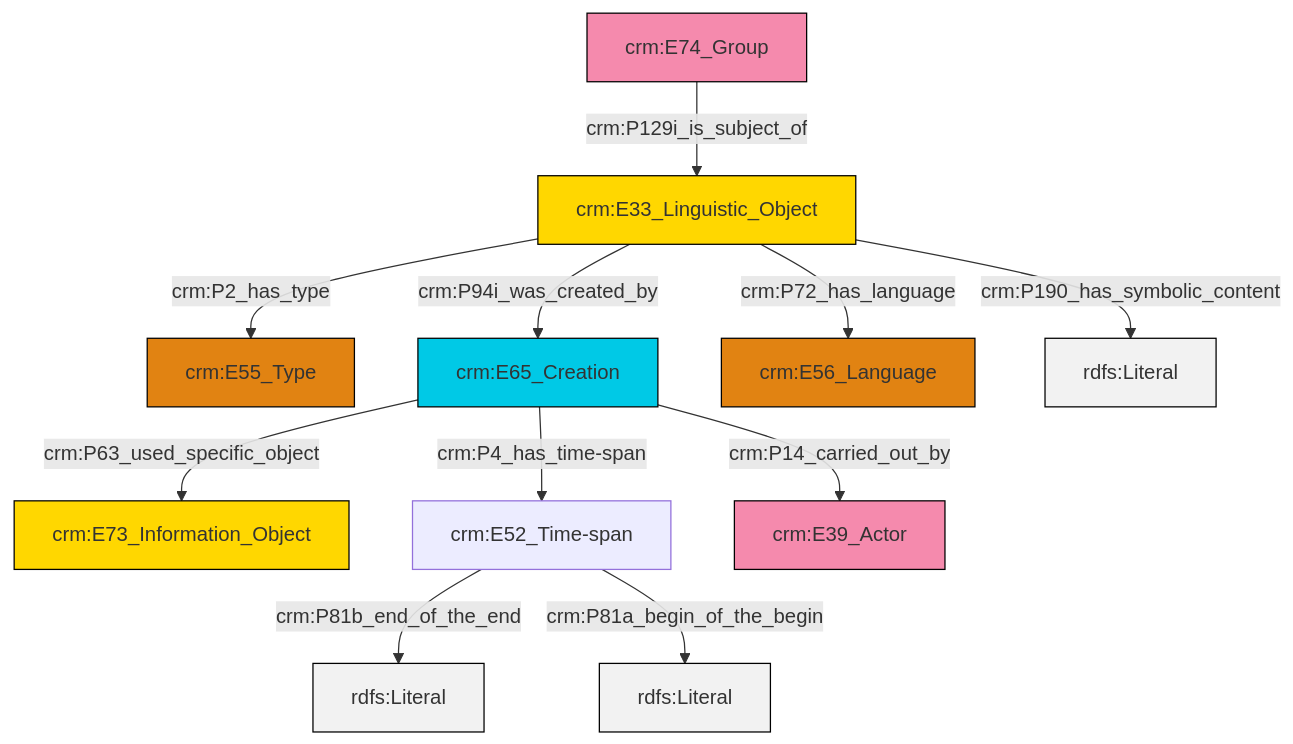
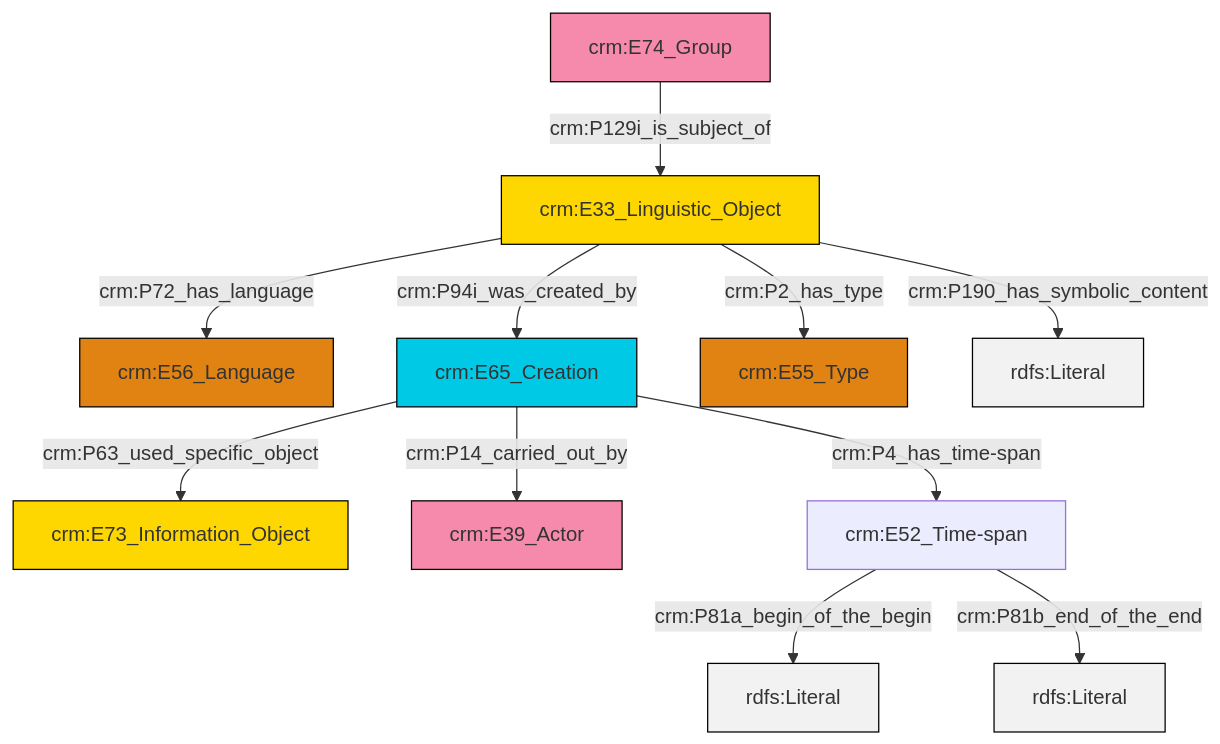
The diagram in et/groupCSV/ttl/mmd/group_description.ttl.mmd (swiss-art-research-net/docs.swissartresearch), drawn with Mermaid before and after one commit. The commit also changed 176 other files, not shown here.

```diff
--- a/et/groupCSV/ttl/mmd/group_description.ttl.mmd
+++ b/et/groupCSV/ttl/mmd/group_description.ttl.mmd
@@ -1,25 +1,25 @@
 graph TD
 classDef Literal fill:#f2f2f2,stroke:#000000;
 classDef CRM_Entity fill:#FFFFFF,stroke:#000000;
 classDef Temporal_Entity fill:#00C9E6, stroke:#000000;
 classDef Type fill:#E18312, stroke:#000000;
 classDef Time-Span fill:#2C9C91, stroke:#000000;
 classDef Appellation fill:#FFEB7F, stroke:#000000;
 classDef Place fill:#008836, stroke:#000000;
 classDef Persistent_Item fill:#B266B2, stroke:#000000;
 classDef Conceptual_Object fill:#FFD700, stroke:#000000;
 classDef Physical_Thing fill:#D2B48C, stroke:#000000;
 classDef Actor fill:#f58aad, stroke:#000000;
 classDef PC_Classes fill:#4ce600, stroke:#000000;
 classDef Multi fill:#cccccc,stroke:#000000;
 
-2["crm:E33_Linguistic_Object"]:::Conceptual_Object -->|crm:P2_has_type| 3["crm:E55_Type"]:::Type
-6["crm:E65_Creation"]:::Temporal_Entity -->|crm:P14_carried_out_by| 8["crm:E39_Actor"]:::Actor
-10["crm:E74_Group"]:::Actor -->|crm:P129i_is_subject_of| 2["crm:E33_Linguistic_Object"]:::Conceptual_Object
-4["crm:E52_Time-span"]:::Default -->|crm:P81b_end_of_the_end| 13[rdfs:Literal]:::Literal
-6["crm:E65_Creation"]:::Temporal_Entity -->|crm:P63_used_specific_object| 0["crm:E73_Information_Object"]:::Conceptual_Object
-2["crm:E33_Linguistic_Object"]:::Conceptual_Object -->|crm:P190_has_symbolic_content| 16[rdfs:Literal]:::Literal
-6["crm:E65_Creation"]:::Temporal_Entity -->|crm:P4_has_time-span| 4["crm:E52_Time-span"]:::Default
-4["crm:E52_Time-span"]:::Default -->|crm:P81a_begin_of_the_begin| 18[rdfs:Literal]:::Literal
-2["crm:E33_Linguistic_Object"]:::Conceptual_Object -->|crm:P94i_was_created_by| 6["crm:E65_Creation"]:::Temporal_Entity
-2["crm:E33_Linguistic_Object"]:::Conceptual_Object -->|crm:P72_has_language| 14["crm:E56_Language"]:::Type
+0["crm:E33_Linguistic_Object"]:::Conceptual_Object -->|crm:P72_has_language| 1["crm:E56_Language"]:::Type
+2["crm:E65_Creation"]:::Temporal_Entity -->|crm:P63_used_specific_object| 4["crm:E73_Information_Object"]:::Conceptual_Object
+2["crm:E65_Creation"]:::Temporal_Entity -->|crm:P14_carried_out_by| 5["crm:E39_Actor"]:::Actor
+2["crm:E65_Creation"]:::Temporal_Entity -->|crm:P4_has_time-span| 7["crm:E52_Time-span"]:::Default
+0["crm:E33_Linguistic_Object"]:::Conceptual_Object -->|crm:P2_has_type| 11["crm:E55_Type"]:::Type
+7["crm:E52_Time-span"]:::Default -->|crm:P81a_begin_of_the_begin| 13[rdfs:Literal]:::Literal
+7["crm:E52_Time-span"]:::Default -->|crm:P81b_end_of_the_end| 14[rdfs:Literal]:::Literal
+0["crm:E33_Linguistic_Object"]:::Conceptual_Object -->|crm:P94i_was_created_by| 2["crm:E65_Creation"]:::Temporal_Entity
+9["crm:E74_Group"]:::Actor -->|crm:P129i_is_subject_of| 0["crm:E33_Linguistic_Object"]:::Conceptual_Object
+0["crm:E33_Linguistic_Object"]:::Conceptual_Object -->|crm:P190_has_symbolic_content| 18[rdfs:Literal]:::Literal
```
